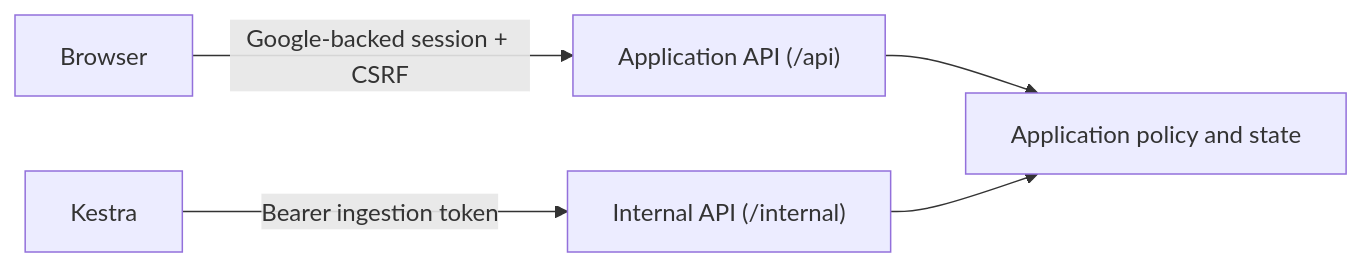
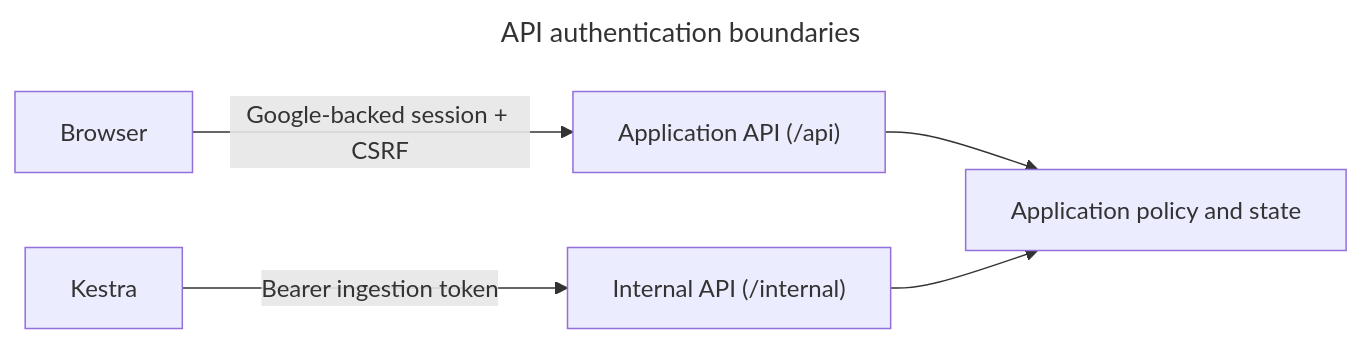
One commit to hongchit/sec-filing-rag-poc changed the first of 2 diagrams in docs/api.md. Above: the diagram before and after it, drawn with Mermaid. The commit also changed other lines of this file and 43 other files, not shown here.

````diff
--- a/docs/api.md
+++ b/docs/api.md
@@ -10,7 +10,10 @@
 ```mermaid
+---
+title: API authentication boundaries
+---
 flowchart LR
   UI[Browser] -->|Google-backed session + CSRF| P["Application API (/api)"]
   K[Kestra] -->|Bearer ingestion token| I["Internal API (/internal)"]
   P --> A[Application policy and state]
   I --> A
 ```
````
